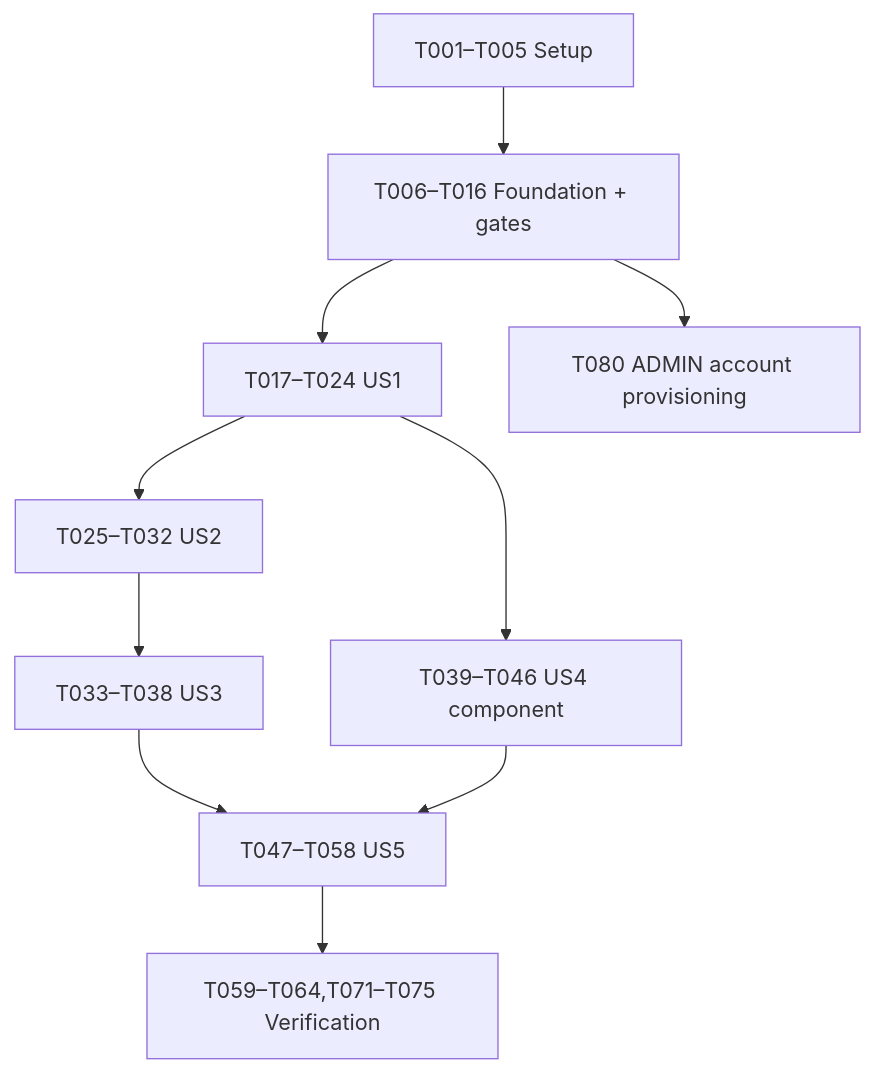
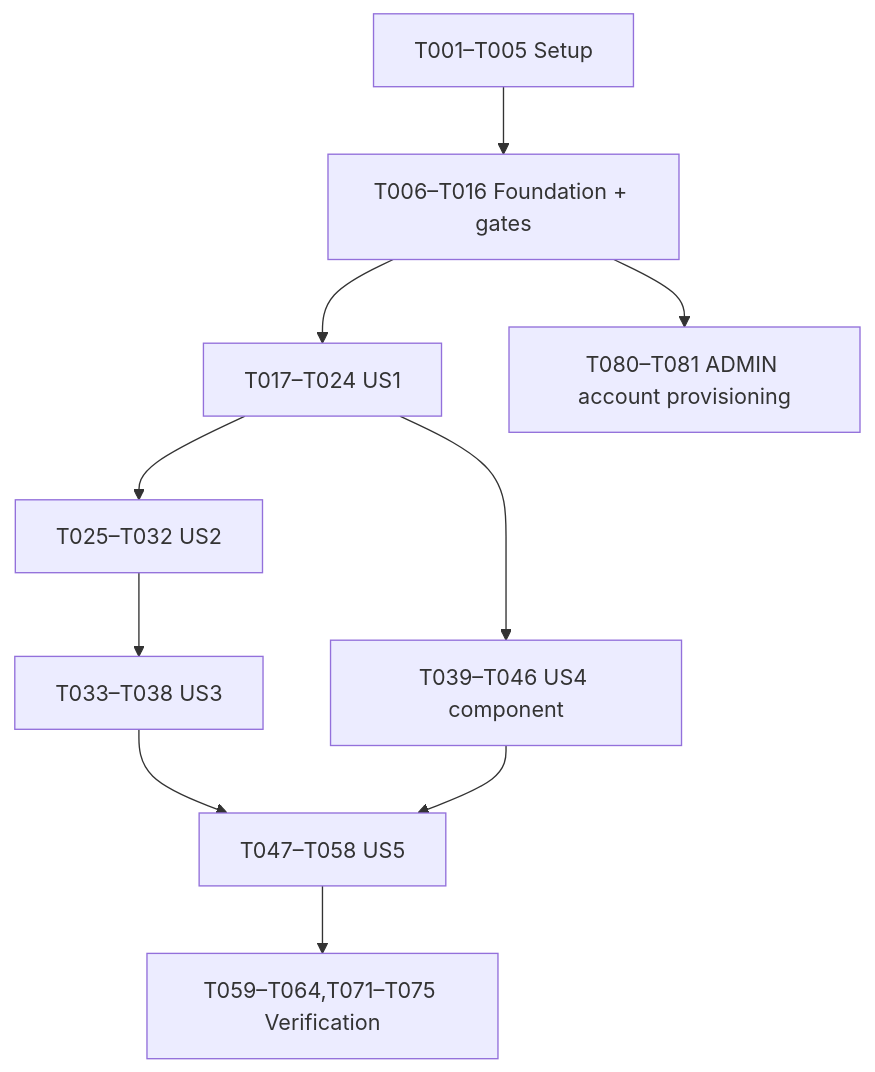
One commit to HuyDoDevv/student-topic-management changed the diagram in specs/001-topic-registration/tasks.md. Above: the diagram before and after it, drawn with Mermaid. The commit also changed other lines of this file and 18 other files, not shown here.

Commit message:
feat(admin): split account management workspace (T081)

````diff
--- a/specs/001-topic-registration/tasks.md
+++ b/specs/001-topic-registration/tasks.md
@@ -280,12 +282,12 @@
 ```mermaid
 flowchart TD
   S["T001–T005 Setup"] --> F["T006–T016 Foundation + gates"]
   F --> U1["T017–T024 US1"]
   U1 --> U2["T025–T032 US2"]
   U2 --> U3["T033–T038 US3"]
   U1 --> U4["T039–T046 US4 component"]
   U3 --> U5["T047–T058 US5"]
   U4 --> U5
   U5 --> P["T059–T064,T071–T075 Verification"]
-  F --> A["T080 ADMIN account provisioning"]
+  F --> A["T080–T081 ADMIN account provisioning"]
 ```
````
